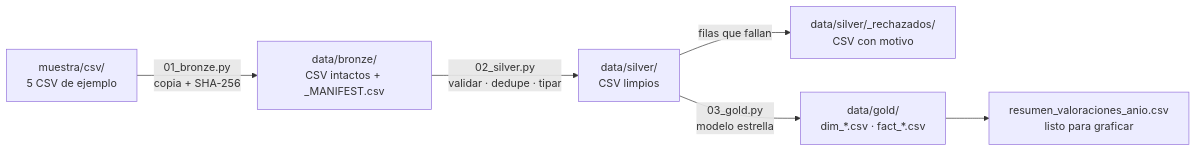
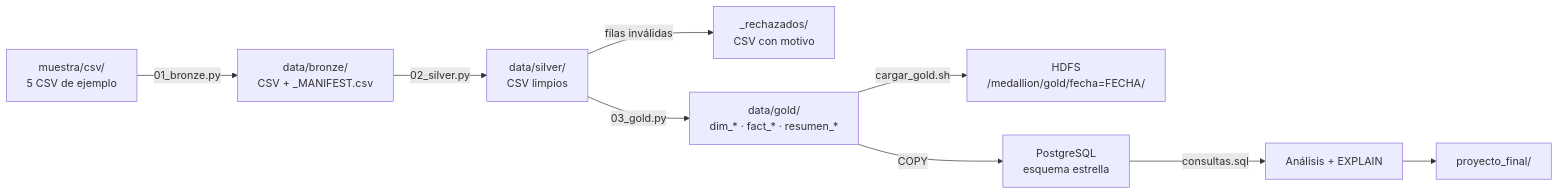
Before and after one commit to porrasgp/bigdata-openlibrary: the diagram in README.md, drawn with Mermaid. The commit also changed other lines of this file and 23 other files, not shown here.

Commit message:
Añade HDFS, PostgreSQL, SQL, proyecto final y manual PDF

````diff
--- a/README.md
+++ b/README.md
@@ -25,8 +38,11 @@
 ```mermaid
 flowchart LR
-    A["muestra/csv/<br/>5 CSV de ejemplo"] -->|01_bronze.py<br/>copia + SHA-256| B["data/bronze/<br/>CSV intactos + _MANIFEST.csv"]
-    B -->|02_silver.py<br/>validar · dedupe · tipar| C["data/silver/<br/>CSV limpios"]
-    C -->|filas que fallan| D["data/silver/_rechazados/<br/>CSV con motivo"]
-    C -->|03_gold.py<br/>modelo estrella| E["data/gold/<br/>dim_*.csv · fact_*.csv"]
-    E --> F["resumen_valoraciones_anio.csv<br/>listo para graficar"]
+    A["muestra/csv/<br/>5 CSV de ejemplo"] -->|01_bronze.py| B["data/bronze/<br/>CSV + _MANIFEST.csv"]
+    B -->|02_silver.py| C["data/silver/<br/>CSV limpios"]
+    C -->|filas inválidas| D["_rechazados/<br/>CSV con motivo"]
+    C -->|03_gold.py| E["data/gold/<br/>dim_* · fact_* · resumen_*"]
+    E -->|cargar_gold.sh| H["HDFS<br/>/medallion/gold/fecha=FECHA/"]
+    E -->|COPY| P["PostgreSQL<br/>esquema estrella"]
+    P -->|consultas.sql| Q["Análisis + EXPLAIN"]
+    Q --> F["proyecto_final/"]
 ```
````
